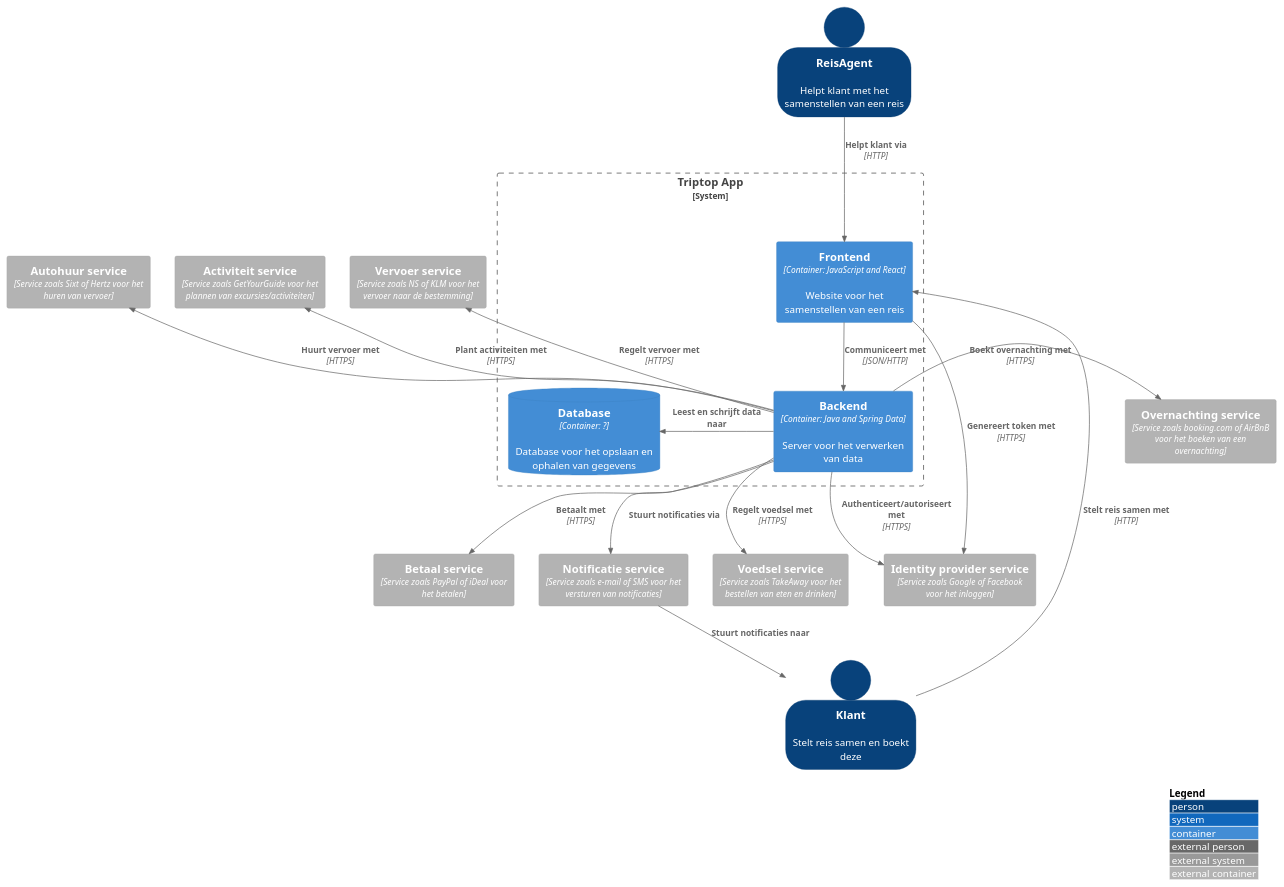
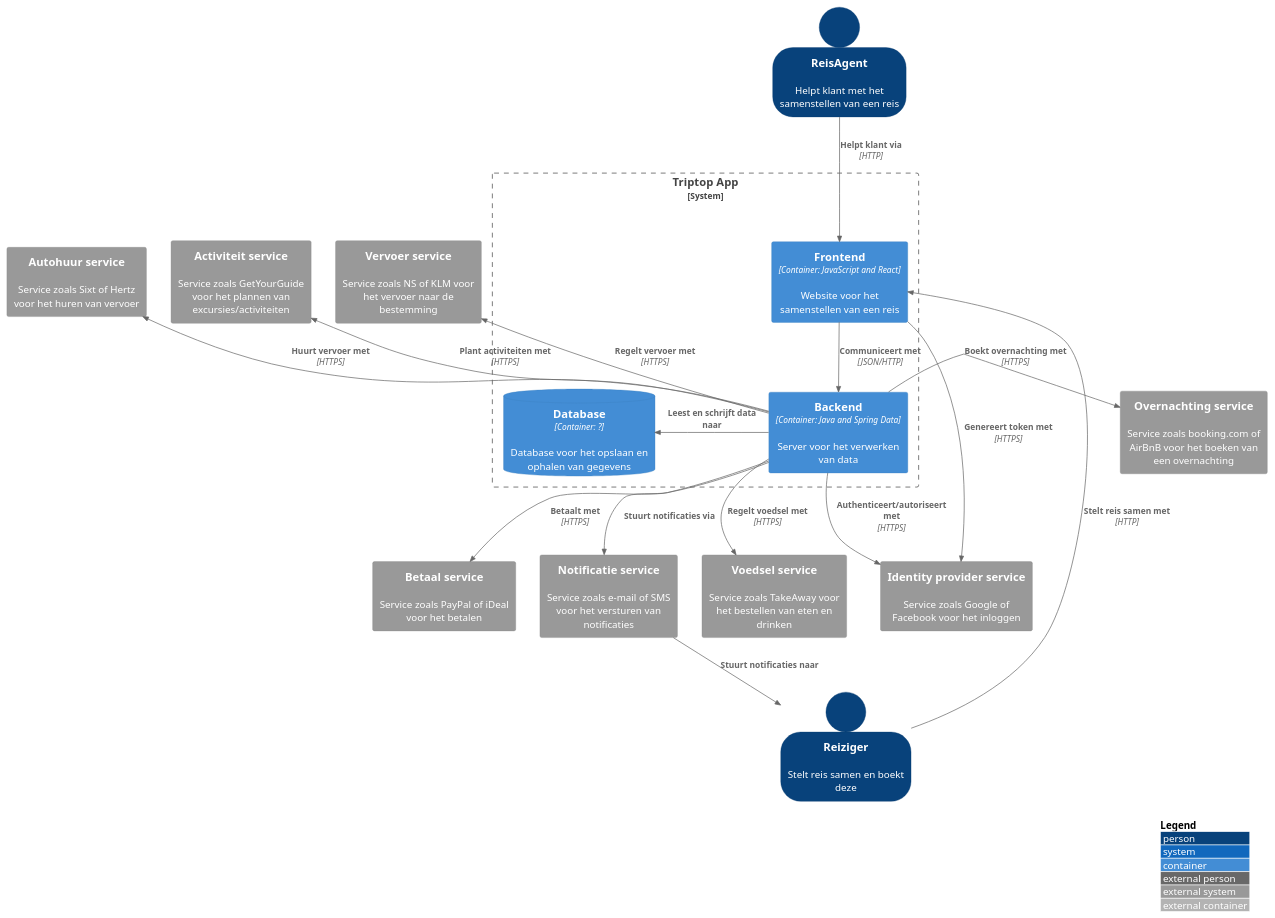
The diagram in groeps-uitwerkingen/week1/diagrammen/container/container-diagram.puml (AIM-ENE-feb25/triptop-de-broederbond-fgs), drawn with PlantUML before and after one commit. The commit also changed 7 other files, not shown here.

```diff
--- a/groeps-uitwerkingen/week1/diagrammen/container/container-diagram.puml
+++ b/groeps-uitwerkingen/week1/diagrammen/container/container-diagram.puml
@@ -1,48 +1,48 @@
 @startuml
 
 !include https://raw.githubusercontent.com/plantuml-stdlib/C4-PlantUML/master/C4_Container.puml
 
 SHOW_PERSON_OUTLINE()
 LAYOUT_WITH_LEGEND()
 
-Person(klant, "Klant", "Stelt reis samen en boekt deze")
+Person(klant, "Reiziger", "Stelt reis samen en boekt deze")
 Person(reisAgent, "ReisAgent", "Helpt klant met het samenstellen van een reis")
 
 System_Boundary(tripTopApp, "Triptop App") {
 Container(frontend, "Frontend", "Container: JavaScript and React", "Website voor het samenstellen van een reis")
 Container(backend, "Backend", "Container: Java and Spring Data", "Server voor het verwerken van data")
 ContainerDb(database, "Database", "Container: ?", "Database voor het opslaan en ophalen van gegevens")
 }
 
-Container_Ext(overnachtingService, "Overnachting service", "Service zoals booking.com of AirBnB voor het boeken van een overnachting")
-Container_Ext(vervoerService, "Vervoer service", "Service zoals NS of KLM voor het vervoer naar de bestemming")
-Container_Ext(activiteitService, "Activiteit service", "Service zoals GetYourGuide voor het plannen van excursies/activiteiten")
-Container_Ext(autohuurService, "Autohuur service", "Service zoals Sixt of Hertz voor het huren van vervoer")
-Container_Ext(voedselService, "Voedsel service", "Service zoals TakeAway voor het bestellen van eten en drinken")
-Container_Ext(identityProviderService, "Identity provider", "Service zoals Google of Facebook voor het inloggen")
-Container_Ext(paymentService, "Betaal service", "Service zoals PayPal of iDeal voor het betalen")
-Container_Ext(noticationService, "Notificatie service", "Service zoals e-mail of SMS voor het versturen van notificaties")
-Container_Ext(identityProviderService, "Identity provider service", "Service zoals Google of Facebook voor het inloggen")
+System_Ext(overnachtingService, "Overnachting service", "Service zoals booking.com of AirBnB voor het boeken van een overnachting")
+System_Ext(vervoerService, "Vervoer service", "Service zoals NS of KLM voor het vervoer naar de bestemming")
+System_Ext(activiteitService, "Activiteit service", "Service zoals GetYourGuide voor het plannen van excursies/activiteiten")
+System_Ext(autohuurService, "Autohuur service", "Service zoals Sixt of Hertz voor het huren van vervoer")
+System_Ext(voedselService, "Voedsel service", "Service zoals TakeAway voor het bestellen van eten en drinken")
+System_Ext(identityProviderService, "Identity provider", "Service zoals Google of Facebook voor het inloggen")
+System_Ext(paymentService, "Betaal service", "Service zoals PayPal of iDeal voor het betalen")
+System_Ext(noticationService, "Notificatie service", "Service zoals e-mail of SMS voor het versturen van notificaties")
+System_Ext(identityProviderService, "Identity provider service", "Service zoals Google of Facebook voor het inloggen")
 
 ' Klant relaties
 Rel(klant, frontend, "Stelt reis samen met", "HTTP")
 Rel(noticationService, klant, "Stuurt notificaties naar")
 
 ' ReisAgent relaties
 Rel(reisAgent, frontend, "Helpt klant via", "HTTP")
 
 ' Triptop relaties
 Rel(frontend, backend, "Communiceert met", "JSON/HTTP")
 Rel(frontend, identityProviderService, "Genereert token met", "HTTPS")
 Rel_L(backend, database, "Leest en schrijft data naar")
 
 'API relaties
 Rel_R(backend, overnachtingService, "Boekt overnachting met", "HTTPS")
 Rel_U(backend, vervoerService, "Regelt vervoer met", "HTTPS")
 Rel_U(backend, activiteitService, "Plant activiteiten met", "HTTPS")
 Rel_U(backend, autohuurService, "Huurt vervoer met", "HTTPS")
 Rel(backend, voedselService, "Regelt voedsel met", "HTTPS")
 Rel(backend, identityProviderService, "Authenticeert/autoriseert met", "HTTPS")
 Rel(backend, paymentService, "Betaalt met", "HTTPS")
 Rel(backend, noticationService, "Stuurt notificaties via")
 @enduml
```
